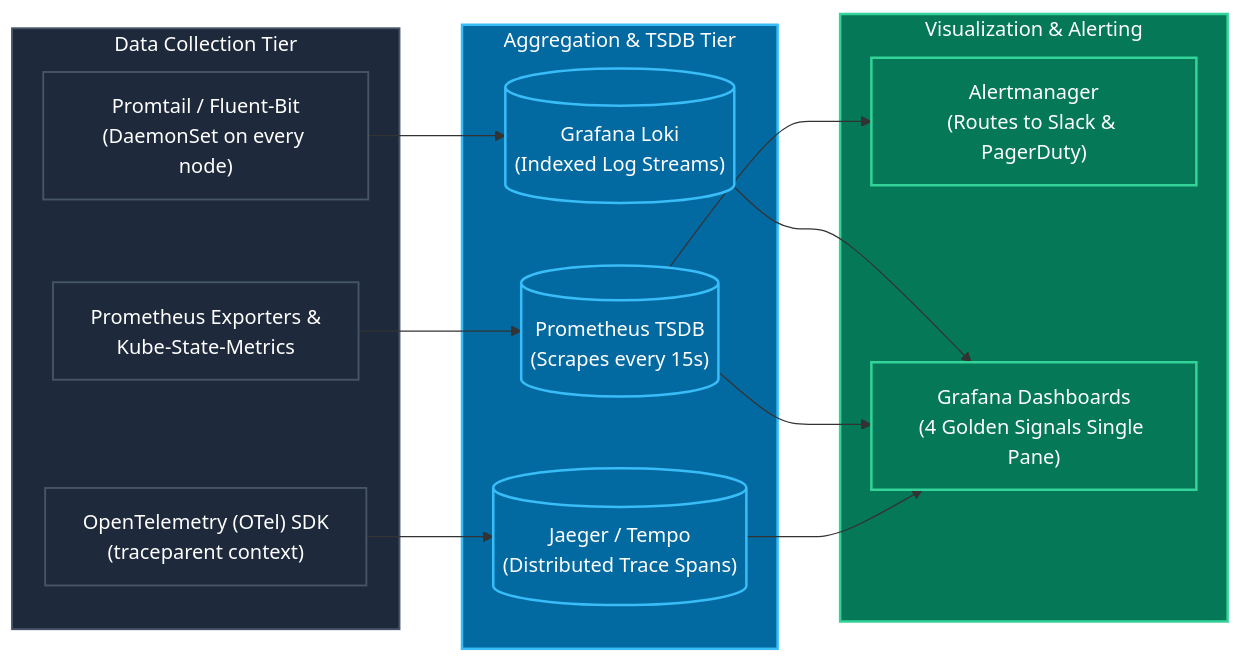
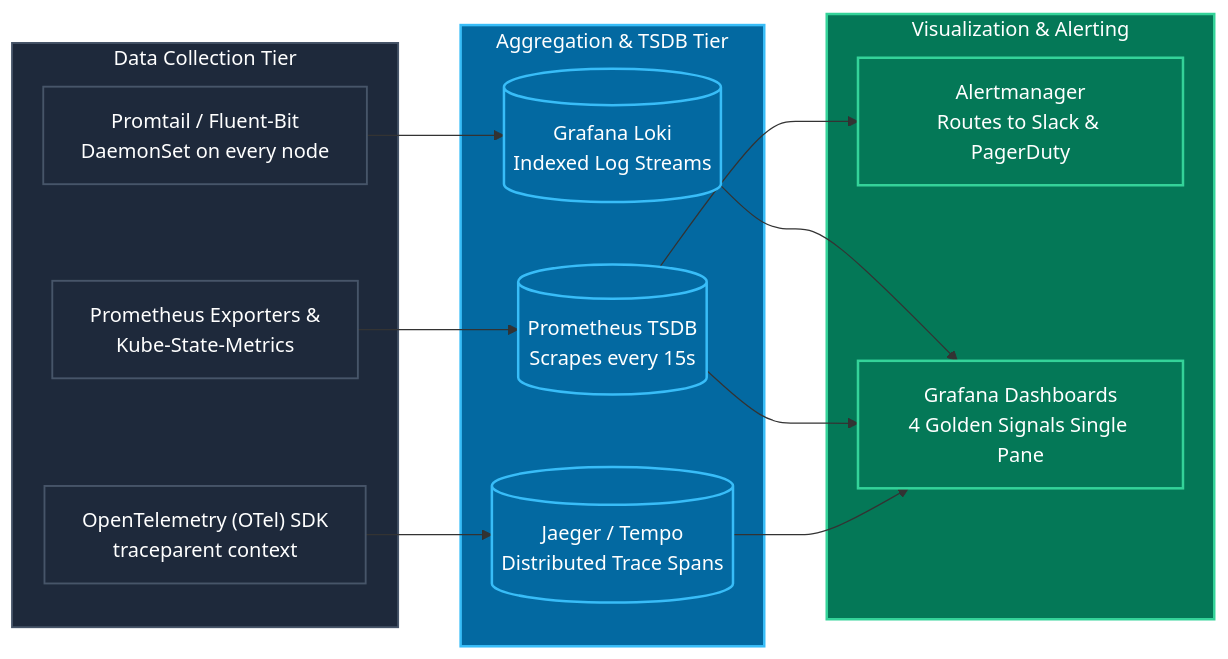
One commit to pvsafwa/devops-course-playbook changed diagram 12 of 12 in DevOps_CI_CD_Master_Engineering_Blueprint.md. Above: the diagram before and after it, drawn with Mermaid. The commit also changed other lines of this file, not shown here.

````diff
--- a/DevOps_CI_CD_Master_Engineering_Blueprint.md
+++ b/DevOps_CI_CD_Master_Engineering_Blueprint.md
@@ -1082,31 +1067,31 @@
 ```mermaid
 flowchart LR
     subgraph DataCollection["Data Collection Tier"]
-        Promtail["Promtail / Fluent-Bit<br/>(DaemonSet on every node)"]
+        Promtail["Promtail / Fluent-Bit<br/>DaemonSet on every node"]
         Exporters["Prometheus Exporters &<br/>Kube-State-Metrics"]
-        OTel["OpenTelemetry (OTel) SDK<br/>(traceparent context)"]
+        OTel["OpenTelemetry (OTel) SDK<br/>traceparent context"]
     end
 
     subgraph StorageTier["Aggregation & TSDB Tier"]
-        Loki[("Grafana Loki<br/>(Indexed Log Streams)")]
-        Prometheus[("Prometheus TSDB<br/>(Scrapes every 15s)")]
-        Jaeger[("Jaeger / Tempo<br/>(Distributed Trace Spans)")]
+        Loki[("Grafana Loki<br/>Indexed Log Streams")]
+        Prometheus[("Prometheus TSDB<br/>Scrapes every 15s")]
+        Jaeger[("Jaeger / Tempo<br/>Distributed Trace Spans")]
     end
 
     subgraph PresentationTier["Visualization & Alerting"]
-        Alertmanager["Alertmanager<br/>(Routes to Slack & PagerDuty)"]
-        Grafana["Grafana Dashboards<br/>(4 Golden Signals Single Pane)"]
+        Alertmanager["Alertmanager<br/>Routes to Slack & PagerDuty"]
+        Grafana["Grafana Dashboards<br/>4 Golden Signals Single Pane"]
     end
 
     Promtail --> Loki --> Grafana
     Exporters --> Prometheus --> Grafana
     Prometheus --> Alertmanager
     OTel --> Jaeger --> Grafana
 
     classDef coll fill:#1e293b,stroke:#475569,stroke-width:1.5px,color:#ffffff;
     classDef store fill:#0369a1,stroke:#38bdf8,stroke-width:2px,color:#ffffff;
     classDef ui fill:#047857,stroke:#34d399,stroke-width:2px,color:#ffffff;
     class DataCollection,Promtail,Exporters,OTel coll;
     class StorageTier,Loki,Prometheus,Jaeger store;
     class PresentationTier,Alertmanager,Grafana ui;
 ```
````
